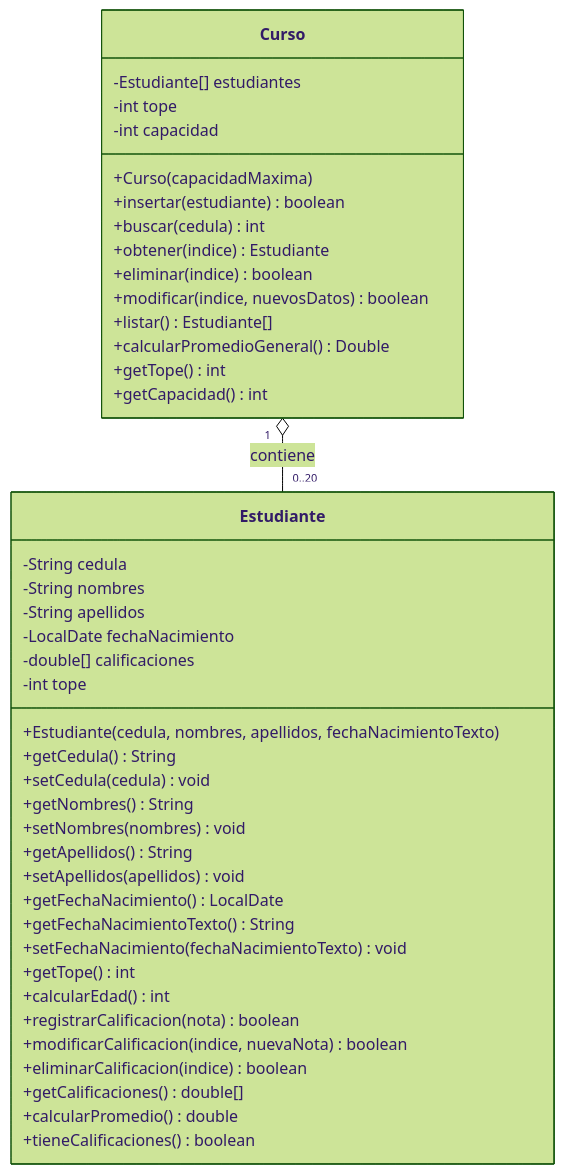
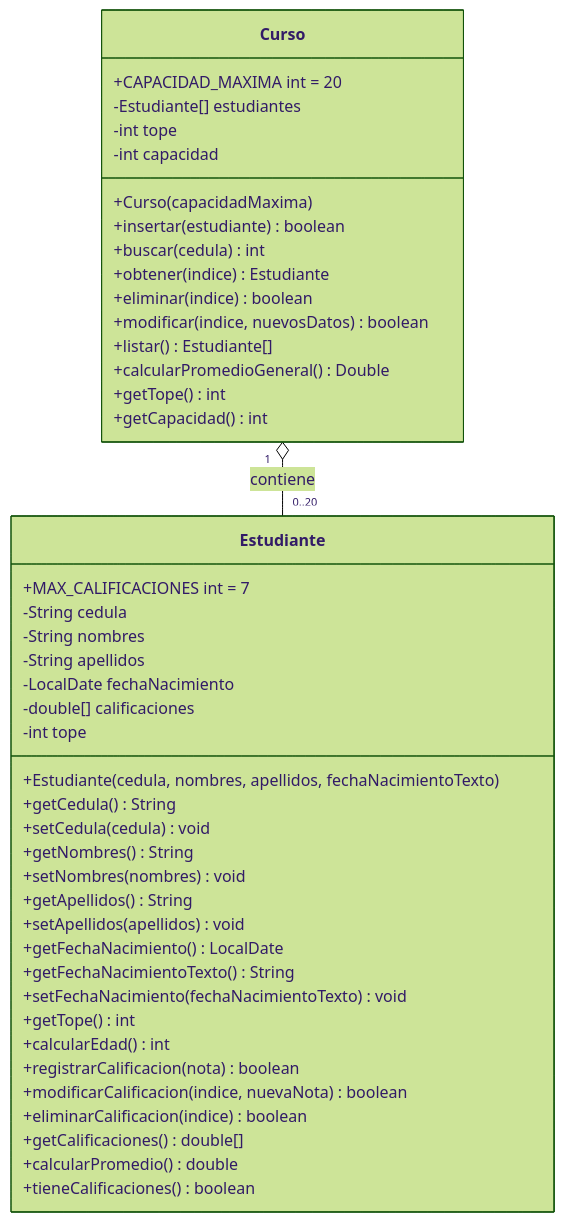
Before and after one commit to juanchicoyunda1234/TDA-estudiantes: the diagram in diagramas/diagrama-clases.md, drawn with Mermaid (forest theme). The commit also changed 11 other files, not shown here.

Commit message:
chore: eliminar archivos .gitkeep y actualizar documentacion y diagramas

````diff
--- a/diagramas/diagrama-clases.md
+++ b/diagramas/diagrama-clases.md
@@ -3,47 +3,49 @@
 ```mermaid
 classDiagram
     class Estudiante {
+        +MAX_CALIFICACIONES int = 7
         -String cedula
         -String nombres
         -String apellidos
         -LocalDate fechaNacimiento
         -double[] calificaciones
         -int tope
         +Estudiante(cedula, nombres, apellidos, fechaNacimientoTexto)
         +getCedula() String
         +setCedula(cedula) void
         +getNombres() String
         +setNombres(nombres) void
         +getApellidos() String
         +setApellidos(apellidos) void
         +getFechaNacimiento() LocalDate
         +getFechaNacimientoTexto() String
         +setFechaNacimiento(fechaNacimientoTexto) void
         +getTope() int
         +calcularEdad() int
         +registrarCalificacion(nota) boolean
         +modificarCalificacion(indice, nuevaNota) boolean
         +eliminarCalificacion(indice) boolean
         +getCalificaciones() double[]
         +calcularPromedio() double
         +tieneCalificaciones() boolean
     }
 
     class Curso {
+        +CAPACIDAD_MAXIMA int = 20
         -Estudiante[] estudiantes
         -int tope
         -int capacidad
         +Curso(capacidadMaxima)
         +insertar(estudiante) boolean
         +buscar(cedula) int
         +obtener(indice) Estudiante
         +eliminar(indice) boolean
         +modificar(indice, nuevosDatos) boolean
         +listar() Estudiante[]
         +calcularPromedioGeneral() Double
         +getTope() int
         +getCapacidad() int
     }
 
     Curso "1" o-- "0..20" Estudiante : contiene
 ```
````
